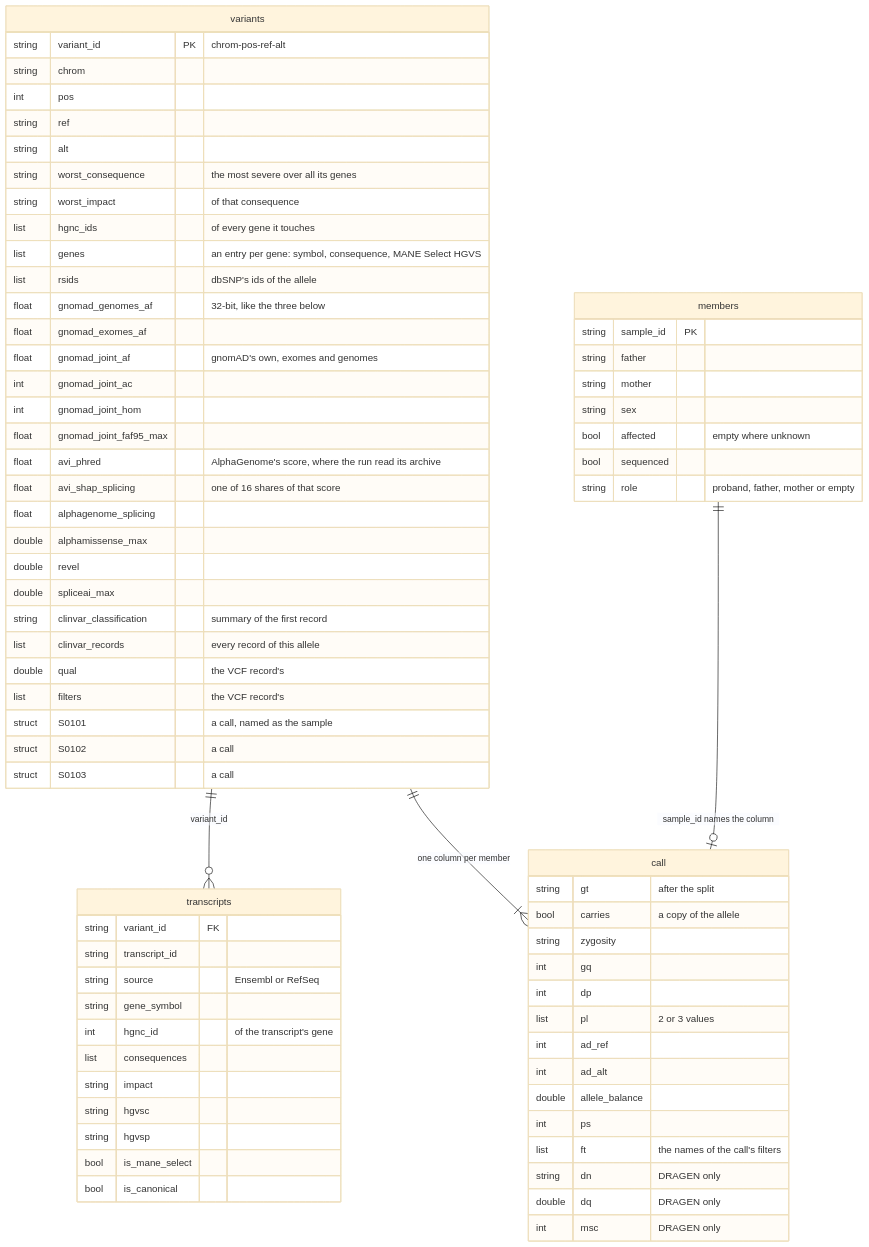
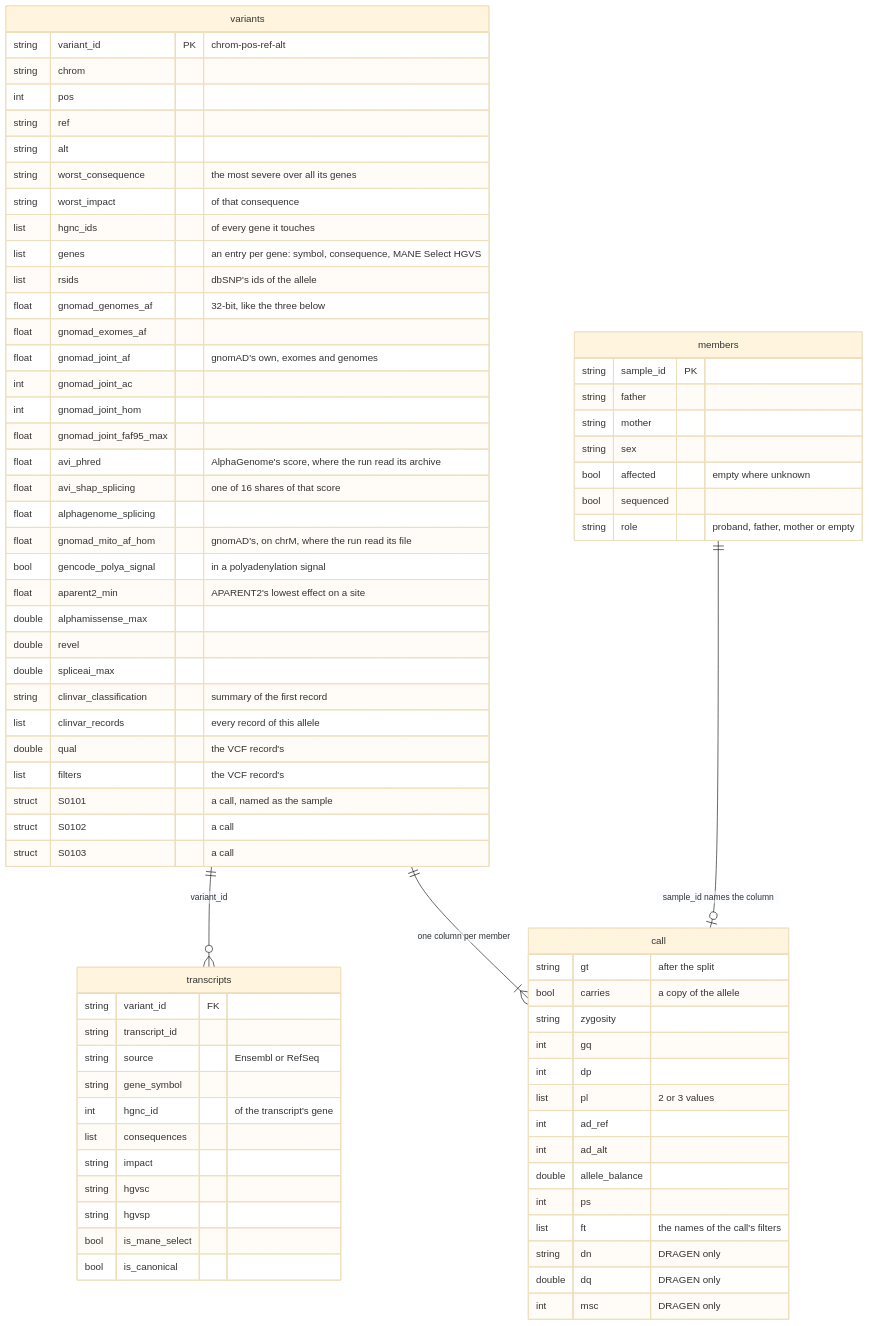
One commit to populationgenomics/case-annotation-pipeline changed the second of 4 diagrams in docs/family-tables.md. Above: the diagram before and after it, drawn with Mermaid (base theme). The commit also changed other lines of this file and 25 other files, not shown here.

````diff
--- a/docs/family-tables.md
+++ b/docs/family-tables.md
@@ -90,75 +90,78 @@
 ```mermaid
 erDiagram
     variants ||--o{ transcripts : "variant_id"
     variants ||--|{ call : "one column per member"
     members ||--o| call : "sample_id names the column"
     variants {
         string variant_id PK "chrom-pos-ref-alt"
         string chrom
         int pos
         string ref
         string alt
         string worst_consequence "the most severe over all its genes"
         string worst_impact "of that consequence"
         list hgnc_ids "of every gene it touches"
         list genes "an entry per gene: symbol, consequence, MANE Select HGVS"
         list rsids "dbSNP's ids of the allele"
         float gnomad_genomes_af "32-bit, like the three below"
         float gnomad_exomes_af
         float gnomad_joint_af "gnomAD's own, exomes and genomes"
         int gnomad_joint_ac
         int gnomad_joint_hom
         float gnomad_joint_faf95_max
         float avi_phred "AlphaGenome's score, where the run read its archive"
         float avi_shap_splicing "one of 16 shares of that score"
         float alphagenome_splicing
+        float gnomad_mito_af_hom "gnomAD's, on chrM, where the run read its file"
+        bool gencode_polya_signal "in a polyadenylation signal"
+        float aparent2_min "APARENT2's lowest effect on a site"
         double alphamissense_max
         double revel
         double spliceai_max
         string clinvar_classification "summary of the first record"
         list clinvar_records "every record of this allele"
         double qual "the VCF record's"
         list filters "the VCF record's"
         struct S0101 "a call, named as the sample"
         struct S0102 "a call"
         struct S0103 "a call"
     }
     transcripts {
         string variant_id FK
         string transcript_id
         string source "Ensembl or RefSeq"
         string gene_symbol
         int hgnc_id "of the transcript's gene"
         list consequences
         string impact
         string hgvsc
         string hgvsp
         bool is_mane_select
         bool is_canonical
     }
     call {
         string gt "after the split"
         bool carries "a copy of the allele"
         string zygosity
         int gq
         int dp
         list pl "2 or 3 values"
         int ad_ref
         int ad_alt
         double allele_balance
         int ps
         list ft "the names of the call's filters"
         string dn "DRAGEN only"
         double dq "DRAGEN only"
         int msc "DRAGEN only"
     }
     members {
         string sample_id PK
         string father
         string mother
         string sex
         bool affected "empty where unknown"
         bool sequenced
         string role "proband, father, mother or empty"
     }
 ```
````
